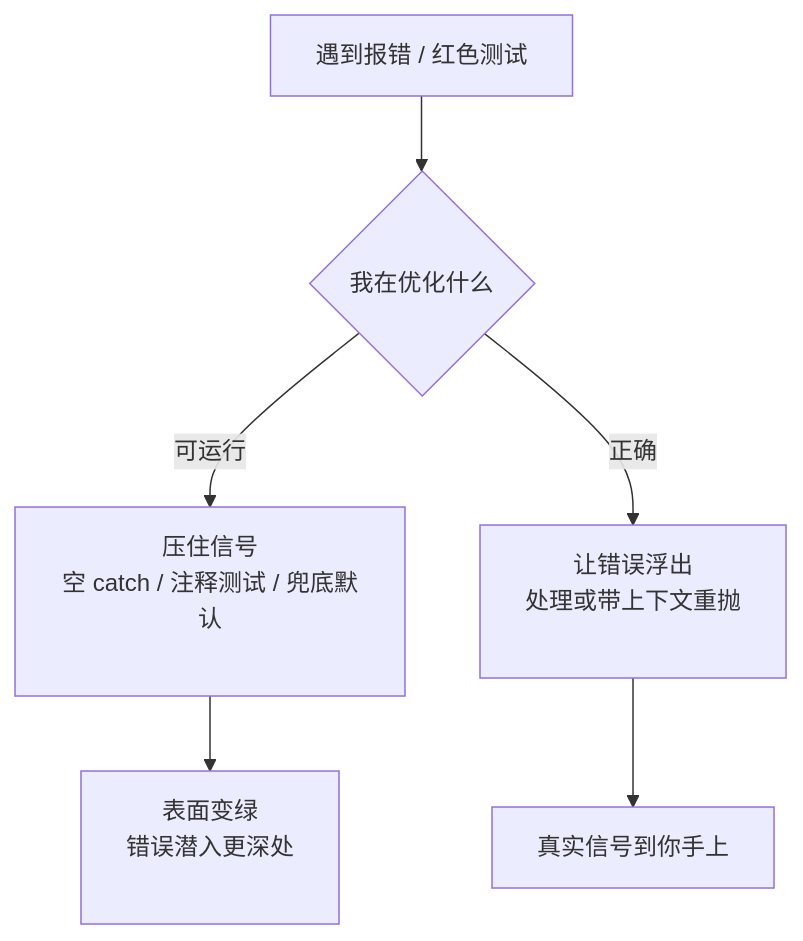
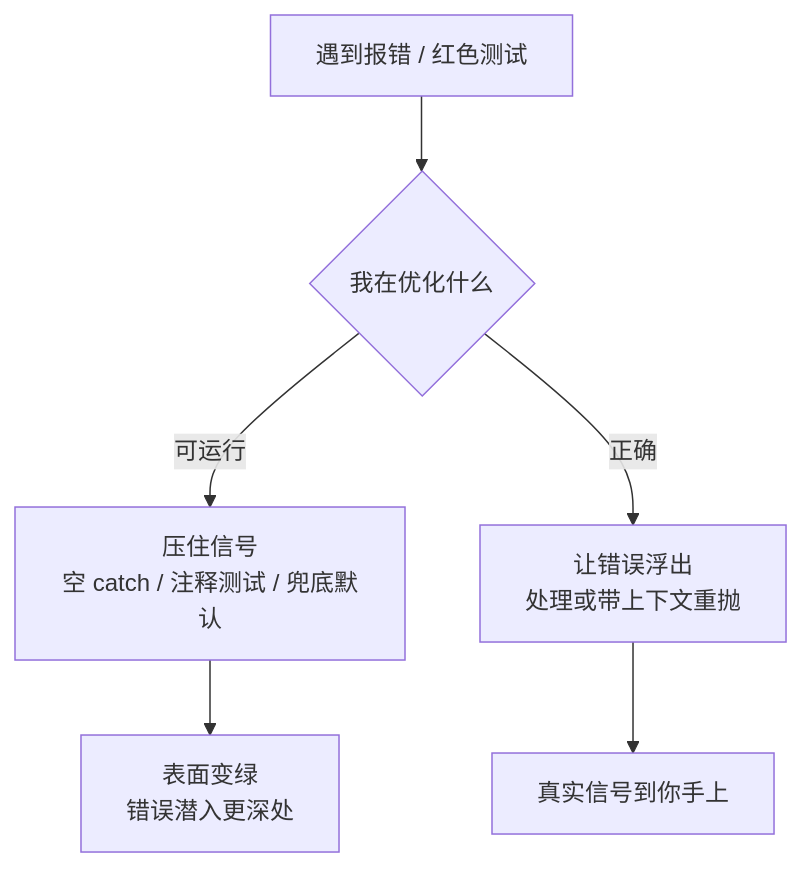
The diagram in docs/05-implementation/swallowing-errors.mdx (XuebinMa/AIWiki), drawn with Mermaid before and after one commit. The commit also changed 99 other files, not shown here.

First line of the commit message:
fix(mermaid): 全局根治节点文字裁切（htmlLabels:false + 清理 br/nbsp 占位）(#26)

````diff
--- a/docs/05-implementation/swallowing-errors.mdx
+++ b/docs/05-implementation/swallowing-errors.mdx
@@ -47,8 +47,8 @@
 ```mermaid
 flowchart TD
     A["遇到报错 / 红色测试"] --> B{"我在优化什么"}
-    B -- 可运行 --> C["压住信号<br/>空 catch / 注释测试 / 兜底默认<br/>&nbsp;"]
-    C --> D["表面变绿<br/>错误潜入更深处<br/>&nbsp;"]
-    B -- 正确 --> E["让错误浮出<br/>处理或带上下文重抛<br/>&nbsp;"]
+    B -- 可运行 --> C["压住信号<br/>空 catch / 注释测试 / 兜底默认"]
+    C --> D["表面变绿<br/>错误潜入更深处"]
+    B -- 正确 --> E["让错误浮出<br/>处理或带上下文重抛"]
     E --> F["真实信号到你手上"]
 ```
````
